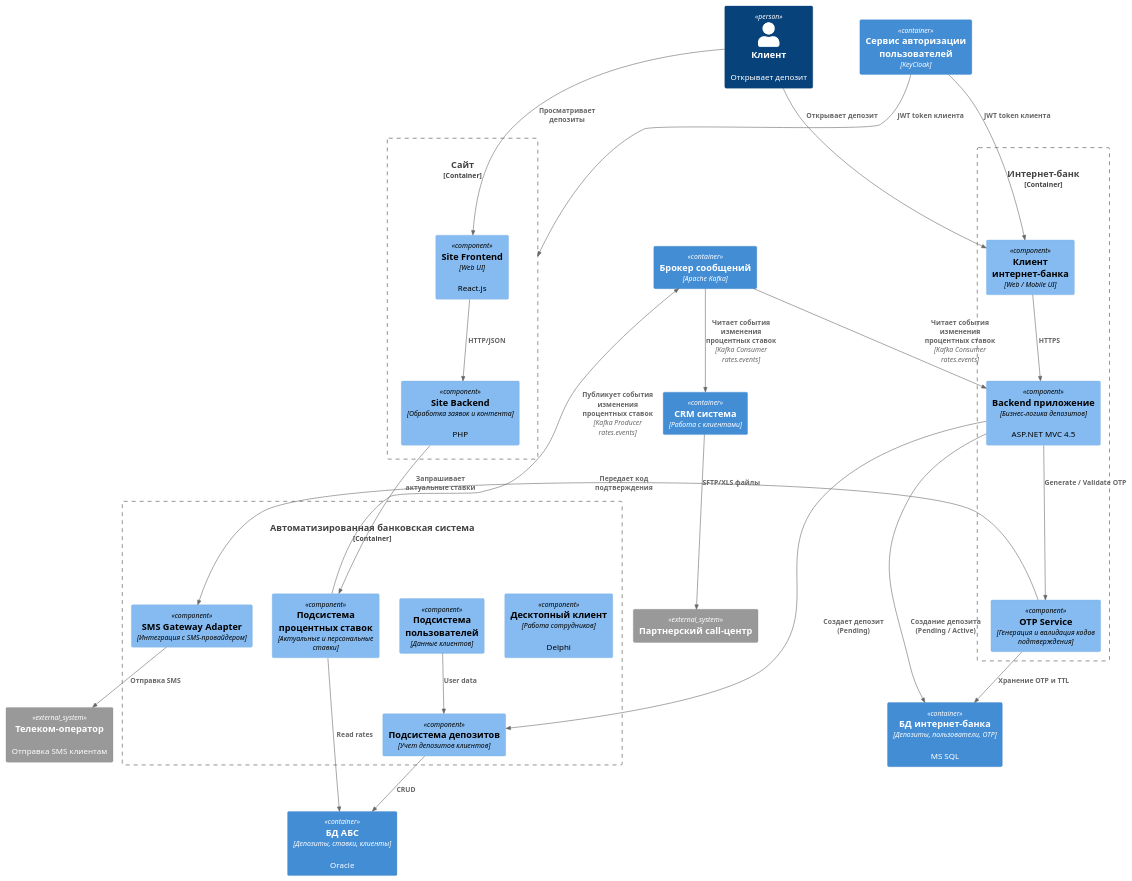
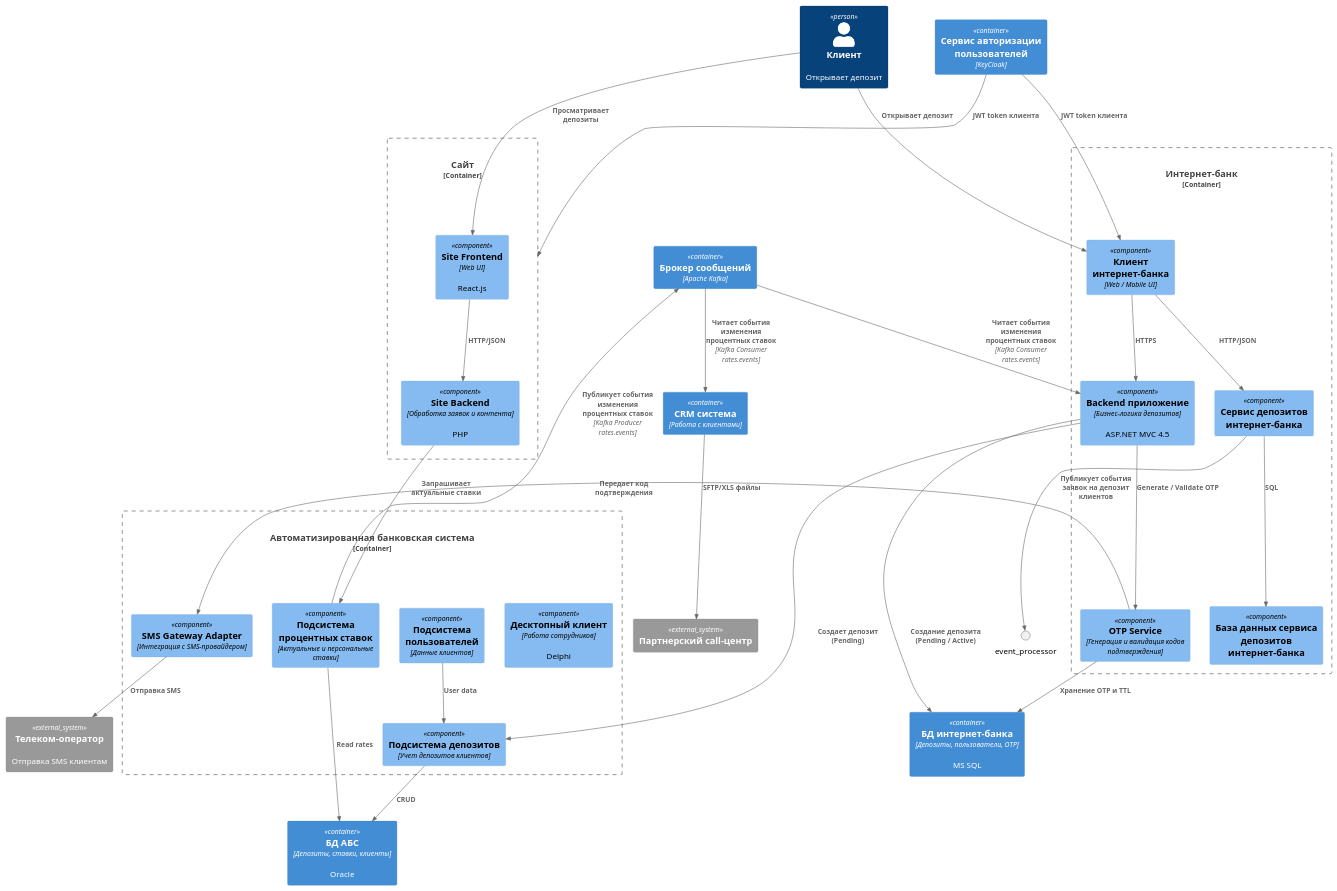
Before and after one commit to mayflowwer/architecture-standart: the diagram in Task4/c4_container.puml, drawn with PlantUML. The commit also changed 9 other files, not shown here.

```diff
--- a/Task4/c4_container.puml
+++ b/Task4/c4_container.puml
@@ -1,69 +1,75 @@
 @startuml
 !include <C4/C4_Context.puml>
 !include <C4/C4_Container.puml>
 !include <C4/C4_Component.puml>
 
 Person(client, "Клиент", "Открывает депозит")
 
 Container(userService, "Сервис авторизации пользователей", KeyCloak)
 Container(eventProcessor, "Брокер сообщений", Apache Kafka)
 System_Ext(partner_crm, "Партнерский call-центр")
 
 Container_Boundary(site, "Сайт") {
     Component(site_frontend, "Site Frontend", "Web UI", "React.js")
     Component(site_backend, "Site Backend", "Обработка заявок и контента", "PHP")
 
     Rel(site_frontend, site_backend, "HTTP/JSON")
 }
 
 Container_Boundary(internet_bank, "Интернет-банк") {
     Component(internet_bank_client, "Клиент интернет-банка", "Web / Mobile UI")
     Component(internet_bank_backend, "Backend приложение","Бизнес-логика депозитов", "ASP.NET MVC 4.5")
     Component(otp_service, "OTP Service", "Генерация и валидация кодов подтверждения")
+    Component(depositsService, "Сервис депозитов интернет-банка")
+    Component(depositsServiceDb, "База данных сервиса депозитов интернет-банка")
 
     Rel(internet_bank_client, internet_bank_backend, "HTTPS")
     Rel(internet_bank_backend, otp_service, "Generate / Validate OTP")
 }
 
 Container(internet_bank_db, "БД интернет-банка","Депозиты, пользователи, OTP", "MS SQL")
 Container(crm, "CRM система", "Работа с клиентами")
 
 Rel(internet_bank_backend, internet_bank_db, "Создание депозита (Pending / Active)")
 Rel(otp_service, internet_bank_db, "Хранение OTP и TTL")
 
 Container_Boundary(abs, "Автоматизированная банковская система") {
     Component(abs_client, "Десктопный клиент","Работа сотрудников","Delphi")
     Component(abs_deposits_api, "Подсистема депозитов", "Учет депозитов клиентов")
     Component(abs_rates_api, "Подсистема процентных ставок","Актуальные и персональные ставки")
     Component(abs_users_api, "Подсистема пользователей", "Данные клиентов")
     Component(sms_adapter, "SMS Gateway Adapter", "Интеграция с SMS-провайдером")
 
     Rel(abs_users_api, abs_deposits_api, "User data")
     Rel(abs_rates_api, eventProcessor, "Публикует события изменения процентных ставок", "Kafka Producer rates.events")
 }
 
 Container(abs_db, "БД АБС","Депозиты, ставки, клиенты", "Oracle")
 
 Rel(eventProcessor, internet_bank_backend, "Читает события изменения процентных ставок", "Kafka Consumer rates.events")
 Rel(eventProcessor, crm, "Читает события изменения процентных ставок", "Kafka Consumer rates.events")
 
 Rel(abs_deposits_api, abs_db, "CRUD")
 Rel(abs_rates_api, abs_db, "Read rates")
 
 System_Ext(telecom_operator, "Телеком-оператор", "Отправка SMS клиентам")
 
 Rel(client, site_frontend, "Просматривает депозиты")
 Rel(site_backend, abs_rates_api, "Запрашивает актуальные ставки")
 
 Rel(client, internet_bank_client, "Открывает депозит")
 Rel(internet_bank_backend, abs_deposits_api, "Создает депозит (Pending)")
 
 Rel(otp_service, sms_adapter, "Передает код подтверждения")
 Rel(sms_adapter, telecom_operator, "Отправка SMS")
 
 Rel(userService, site, "JWT token клиента")
 Rel(userService, internet_bank_client, "JWT token клиента")
 
 Rel(crm, partner_crm, "SFTP/XLS файлы")
 
+Rel(depositsService, event_processor, "Публикует события заявок на депозит клиентов")
+Rel(internet_bank_client, depositsService, " HTTP/JSON")
+Rel(depositsService, depositsServiceDb, "SQL")
+
 @enduml
```
